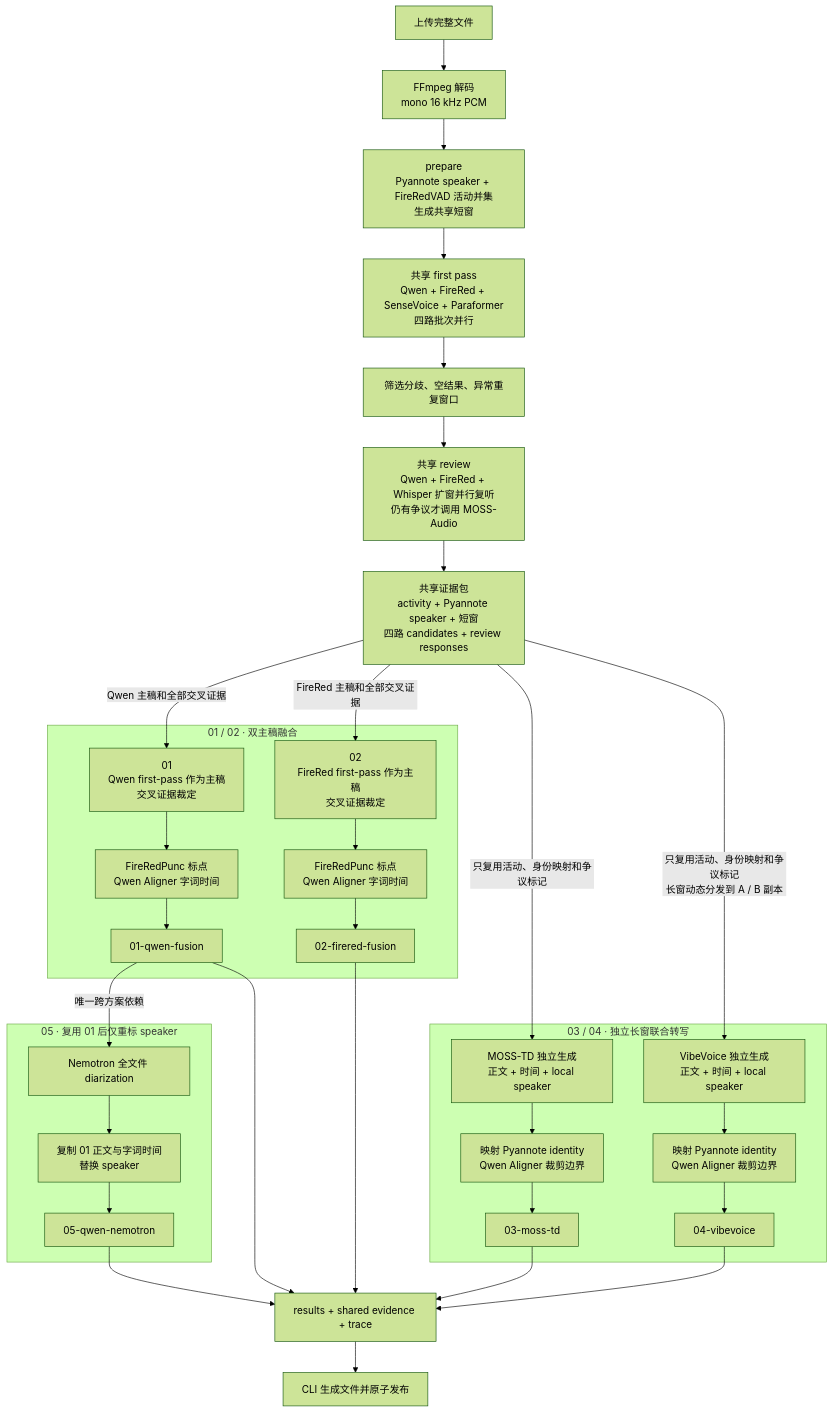
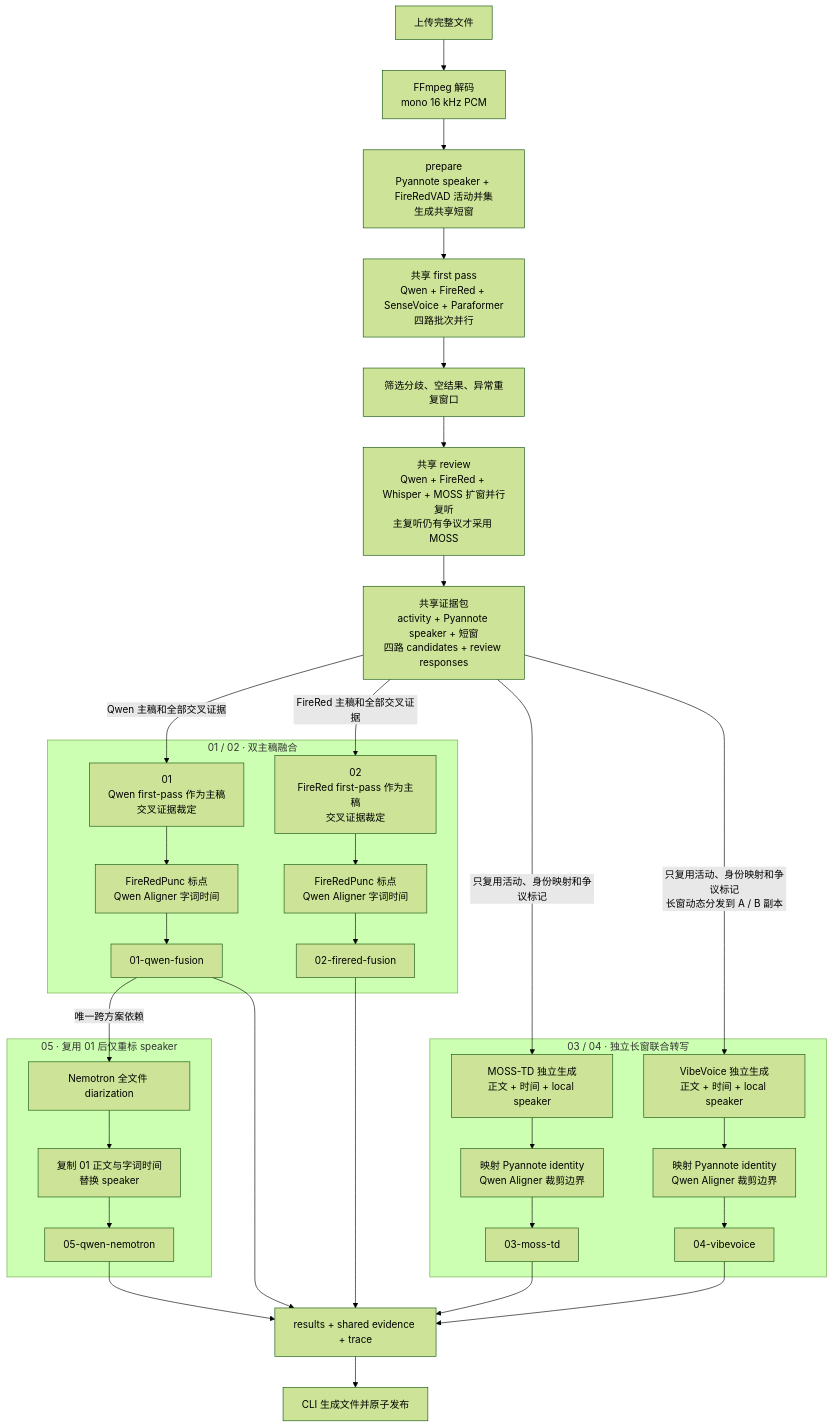
Before and after one commit to curoky/codespace: the third of 3 diagrams in platform/container/services/asr/DESIGN.md, drawn with Mermaid (forest theme). The commit also changed other lines of this file and 103 other files, not shown here.

````diff
--- a/platform/container/services/asr/DESIGN.md
+++ b/platform/container/services/asr/DESIGN.md
@@ -63,35 +63,35 @@
 ```mermaid
 flowchart TD
     Upload[上传完整文件] --> Decode[FFmpeg 解码<br/>mono 16 kHz PCM]
     Decode --> Prepare["prepare<br/>Pyannote speaker + FireRedVAD 活动并集<br/>生成共享短窗"]
     Prepare --> First["共享 first pass<br/>Qwen + FireRed + SenseVoice + Paraformer<br/>四路批次并行"]
     First --> Dispute["筛选分歧、空结果、异常重复窗口"]
-    Dispute --> Review["共享 review<br/>Qwen + FireRed + Whisper 扩窗并行复听<br/>仍有争议才调用 MOSS-Audio"]
+    Dispute --> Review["共享 review<br/>Qwen + FireRed + Whisper + MOSS 扩窗并行复听<br/>主复听仍有争议才采用 MOSS"]
     Review --> Evidence["共享证据包<br/>activity + Pyannote speaker + 短窗<br/>四路 candidates + review responses"]
 
     subgraph FusionRecipes["01 / 02 · 双主稿融合"]
         QwenFusion["01<br/>Qwen first-pass 作为主稿<br/>交叉证据裁定"] --> QwenFinalize["FireRedPunc 标点<br/>Qwen Aligner 字词时间"] --> Out01["01-qwen-fusion"]
         FireRedFusion["02<br/>FireRed first-pass 作为主稿<br/>交叉证据裁定"] --> FireRedFinalize["FireRedPunc 标点<br/>Qwen Aligner 字词时间"] --> Out02["02-firered-fusion"]
     end
 
     subgraph JointRecipes["03 / 04 · 独立长窗联合转写"]
         MossJoint["MOSS-TD 独立生成<br/>正文 + 时间 + local speaker"] --> MossFinalize["映射 Pyannote identity<br/>Qwen Aligner 裁剪边界"] --> Out03["03-moss-td"]
         VibeJoint["VibeVoice 独立生成<br/>正文 + 时间 + local speaker"] --> VibeFinalize["映射 Pyannote identity<br/>Qwen Aligner 裁剪边界"] --> Out04["04-vibevoice"]
     end
 
     subgraph RelabelRecipe["05 · 复用 01 后仅重标 speaker"]
         Nemotron["Nemotron 全文件 diarization"] --> Relabel["复制 01 正文与字词时间<br/>替换 speaker"] --> Out05["05-qwen-nemotron"]
     end
 
     Evidence -->|Qwen 主稿和全部交叉证据| QwenFusion
     Evidence -->|FireRed 主稿和全部交叉证据| FireRedFusion
     Evidence -->|只复用活动、身份映射和争议标记| MossJoint
     Evidence -->|只复用活动、身份映射和争议标记<br/>长窗动态分发到 A / B 副本| VibeJoint
     Out01 -->|唯一跨方案依赖| Nemotron
     Out01 --> Response["results + shared evidence + trace"]
     Out02 --> Response
     Out03 --> Response
     Out04 --> Response
     Out05 --> Response
     Response --> Publish[CLI 生成文件并原子发布]
 ```
````
